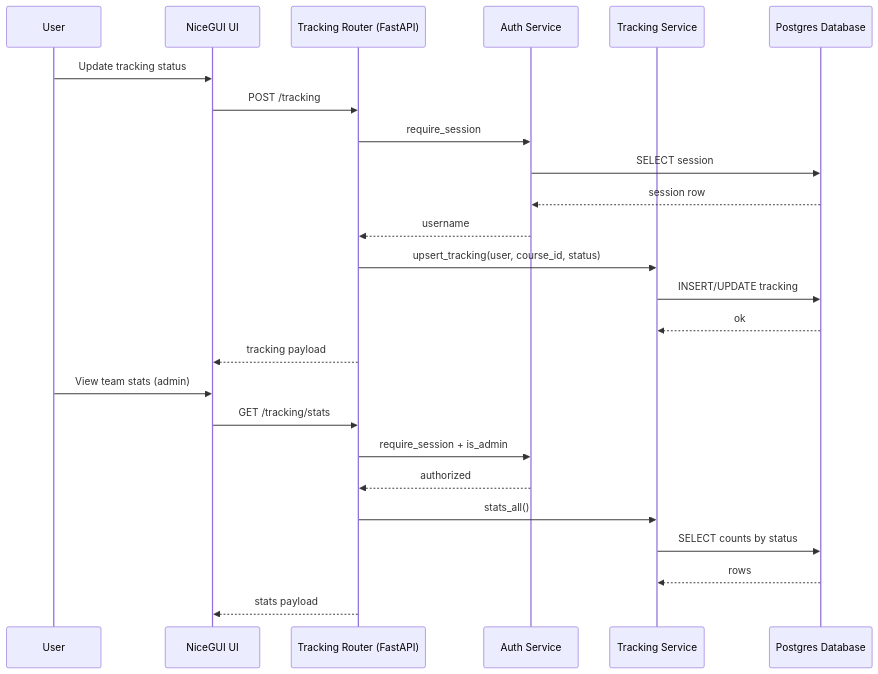
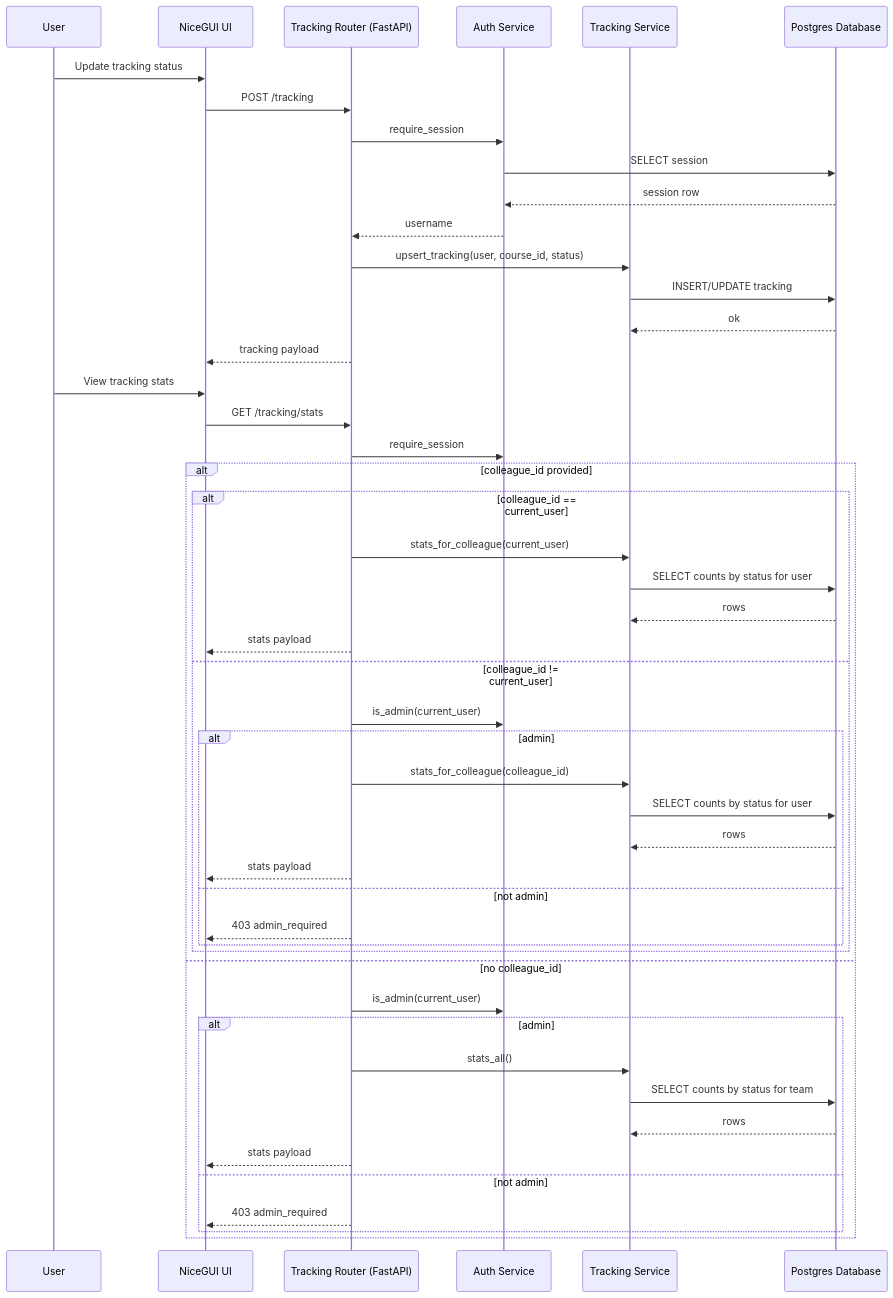
Before and after one commit to JustinMelger/Upstream: diagram 11 of 15 in docs/architecture_backend.md, drawn with Mermaid. The commit also changed other lines of this file and 58 other files, not shown here.

````diff
--- a/docs/architecture_backend.md
+++ b/docs/architecture_backend.md
@@ -410,29 +500,52 @@
 ```mermaid
 sequenceDiagram
   participant User as User
   participant UI as NiceGUI UI
   participant API as Tracking Router (FastAPI)
   participant Auth as Auth Service
   participant Tracking as Tracking Service
   participant DB as Postgres Database
 
   User->>UI: Update tracking status
   UI->>API: POST /tracking
   API->>Auth: require_session
   Auth->>DB: SELECT session
   DB-->>Auth: session row
   Auth-->>API: username
   API->>Tracking: upsert_tracking(user, course_id, status)
   Tracking->>DB: INSERT/UPDATE tracking
   DB-->>Tracking: ok
   API-->>UI: tracking payload
 
-  User->>UI: View team stats (admin)
+  User->>UI: View tracking stats
   UI->>API: GET /tracking/stats
-  API->>Auth: require_session + is_admin
-  Auth-->>API: authorized
-  API->>Tracking: stats_all()
-  Tracking->>DB: SELECT counts by status
-  DB-->>Tracking: rows
-  API-->>UI: stats payload
+  API->>Auth: require_session
+  alt colleague_id provided
+    alt colleague_id == current_user
+      API->>Tracking: stats_for_colleague(current_user)
+      Tracking->>DB: SELECT counts by status for user
+      DB-->>Tracking: rows
+      API-->>UI: stats payload
+    else colleague_id != current_user
+      API->>Auth: is_admin(current_user)
+      alt admin
+        API->>Tracking: stats_for_colleague(colleague_id)
+        Tracking->>DB: SELECT counts by status for user
+        DB-->>Tracking: rows
+        API-->>UI: stats payload
+      else not admin
+        API-->>UI: 403 admin_required
+      end
+    end
+  else no colleague_id
+    API->>Auth: is_admin(current_user)
+    alt admin
+      API->>Tracking: stats_all()
+      Tracking->>DB: SELECT counts by status for team
+      DB-->>Tracking: rows
+      API-->>UI: stats payload
+    else not admin
+      API-->>UI: 403 admin_required
+    end
+  end
 ```
````
